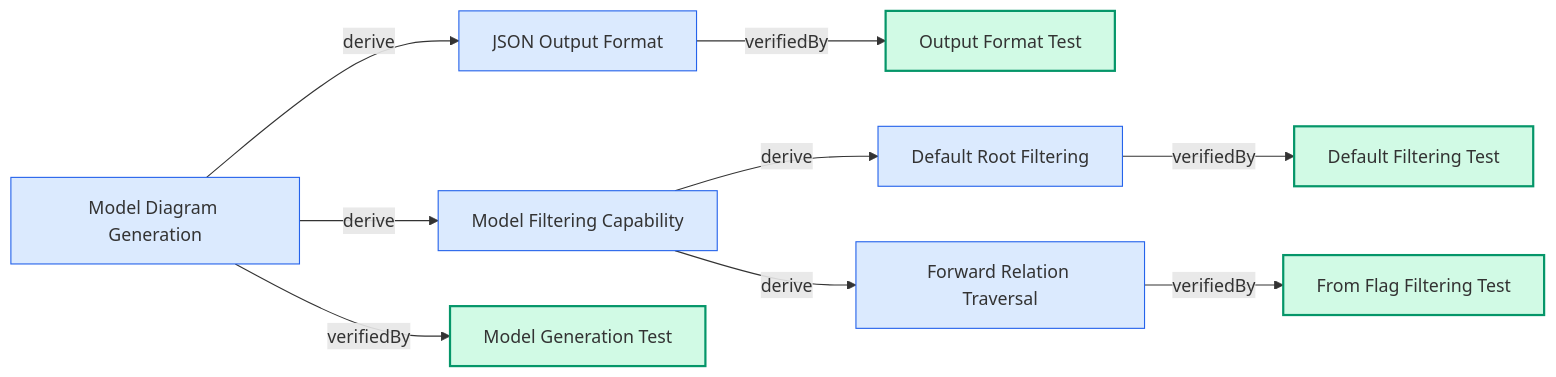
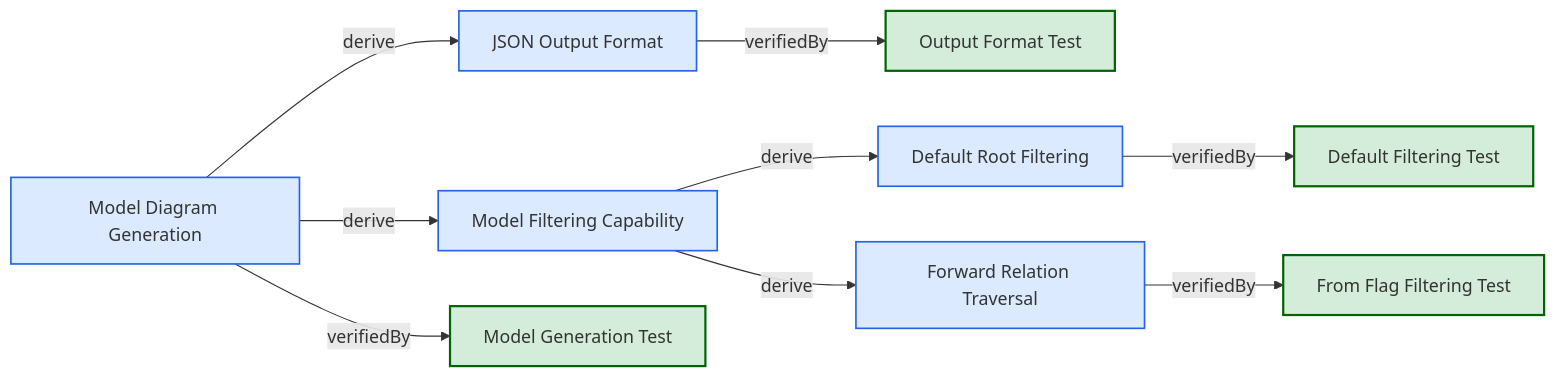
One commit to reqvire-org/reqvire changed the diagram in tests/test-model-command/expected_filtered_output.md. Above: the diagram before and after it, drawn with Mermaid. The commit also changed 21 other files, not shown here.

First line of the commit message:
Update color scheme for web interface and diagrams

````diff
--- a/tests/test-model-command/expected_filtered_output.md
+++ b/tests/test-model-command/expected_filtered_output.md
@@ -10,67 +10,67 @@
 ```mermaid
 graph LR
-  classDef userRequirement fill:#dbeafe,stroke:#2563EB,stroke-width:2px;
-  classDef systemRequirement fill:#dbeafe,stroke:#2563EB,stroke-width:1px;
-  classDef verification fill:#d1fae5,stroke:#059669,stroke-width:2px;
-  classDef default fill:#f5f5f5,stroke:#333333,stroke-width:1px;
+  classDef userRequirement fill:#bfdbfe,stroke:#1d4ed8,stroke-width:2px;
+  classDef systemRequirement fill:#dbeafe,stroke:#2563EB,stroke-width:1.5px;
+  classDef verification fill:#d4edda,stroke:#006400,stroke-width:2px;
+  classDef default fill:#f5f5f5,stroke:#333333,stroke-width:1.5px;
 
   4f998d84bbf8f547["Model Diagram Generation"];
   class 4f998d84bbf8f547 systemRequirement;
   click 4f998d84bbf8f547 "specifications/SystemRequirements.md#model-diagram-generation";
   f27d93928246808["JSON Output Format"];
   class f27d93928246808 systemRequirement;
   click f27d93928246808 "specifications/SystemRequirements.md#json-output-format";
   4f998d84bbf8f547 -->|derive| f27d93928246808;
   f27d93928246808["JSON Output Format"];
   class f27d93928246808 systemRequirement;
   click f27d93928246808 "specifications/SystemRequirements.md#json-output-format";
   8cc3b7ebaf3ea9b["Output Format Test"];
   class 8cc3b7ebaf3ea9b verification;
   click 8cc3b7ebaf3ea9b "specifications/Verifications/Tests.md#output-format-test";
   f27d93928246808 -->|verifiedBy| 8cc3b7ebaf3ea9b;
   8cc3b7ebaf3ea9b["Output Format Test"];
   class 8cc3b7ebaf3ea9b verification;
   click 8cc3b7ebaf3ea9b "specifications/Verifications/Tests.md#output-format-test";
   1ca5a7c02ab1c5f4["Model Filtering Capability"];
   class 1ca5a7c02ab1c5f4 systemRequirement;
   click 1ca5a7c02ab1c5f4 "specifications/SystemRequirements.md#model-filtering-capability";
   4f998d84bbf8f547 -->|derive| 1ca5a7c02ab1c5f4;
   1ca5a7c02ab1c5f4["Model Filtering Capability"];
   class 1ca5a7c02ab1c5f4 systemRequirement;
   click 1ca5a7c02ab1c5f4 "specifications/SystemRequirements.md#model-filtering-capability";
   5b114dac21ad2026["Default Root Filtering"];
   class 5b114dac21ad2026 systemRequirement;
   click 5b114dac21ad2026 "specifications/SystemRequirements.md#default-root-filtering";
   1ca5a7c02ab1c5f4 -->|derive| 5b114dac21ad2026;
   5b114dac21ad2026["Default Root Filtering"];
   class 5b114dac21ad2026 systemRequirement;
   click 5b114dac21ad2026 "specifications/SystemRequirements.md#default-root-filtering";
   c28803f3ded267fb["Default Filtering Test"];
   class c28803f3ded267fb verification;
   click c28803f3ded267fb "specifications/Verifications/Tests.md#default-filtering-test";
   5b114dac21ad2026 -->|verifiedBy| c28803f3ded267fb;
   c28803f3ded267fb["Default Filtering Test"];
   class c28803f3ded267fb verification;
   click c28803f3ded267fb "specifications/Verifications/Tests.md#default-filtering-test";
   46fbef5d552a5c01["Forward Relation Traversal"];
   class 46fbef5d552a5c01 systemRequirement;
   click 46fbef5d552a5c01 "specifications/SystemRequirements.md#forward-relation-traversal";
   1ca5a7c02ab1c5f4 -->|derive| 46fbef5d552a5c01;
   46fbef5d552a5c01["Forward Relation Traversal"];
   class 46fbef5d552a5c01 systemRequirement;
   click 46fbef5d552a5c01 "specifications/SystemRequirements.md#forward-relation-traversal";
   15d847f8ebf34901["From Flag Filtering Test"];
   class 15d847f8ebf34901 verification;
   click 15d847f8ebf34901 "specifications/Verifications/Tests.md#from-flag-filtering-test";
   46fbef5d552a5c01 -->|verifiedBy| 15d847f8ebf34901;
   15d847f8ebf34901["From Flag Filtering Test"];
   class 15d847f8ebf34901 verification;
   click 15d847f8ebf34901 "specifications/Verifications/Tests.md#from-flag-filtering-test";
   e80d22d575e02537["Model Generation Test"];
   class e80d22d575e02537 verification;
   click e80d22d575e02537 "specifications/Verifications/Tests.md#model-generation-test";
   4f998d84bbf8f547 -->|verifiedBy| e80d22d575e02537;
   e80d22d575e02537["Model Generation Test"];
   class e80d22d575e02537 verification;
   click e80d22d575e02537 "specifications/Verifications/Tests.md#model-generation-test";
 ```
````
